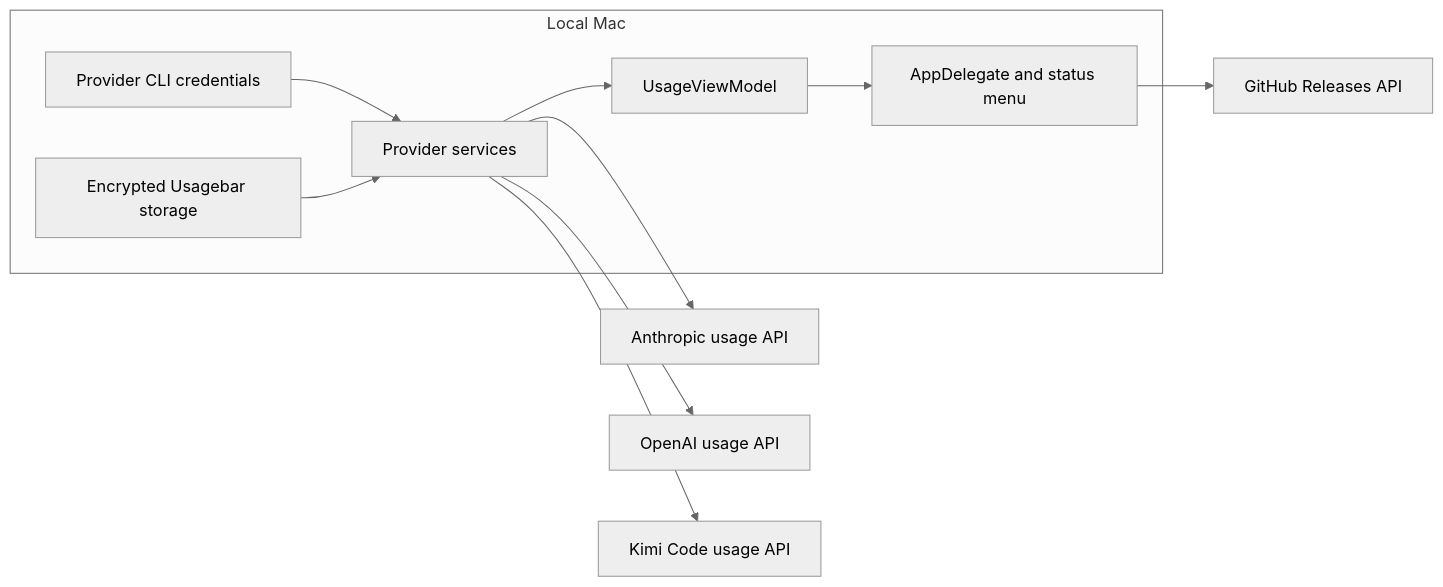
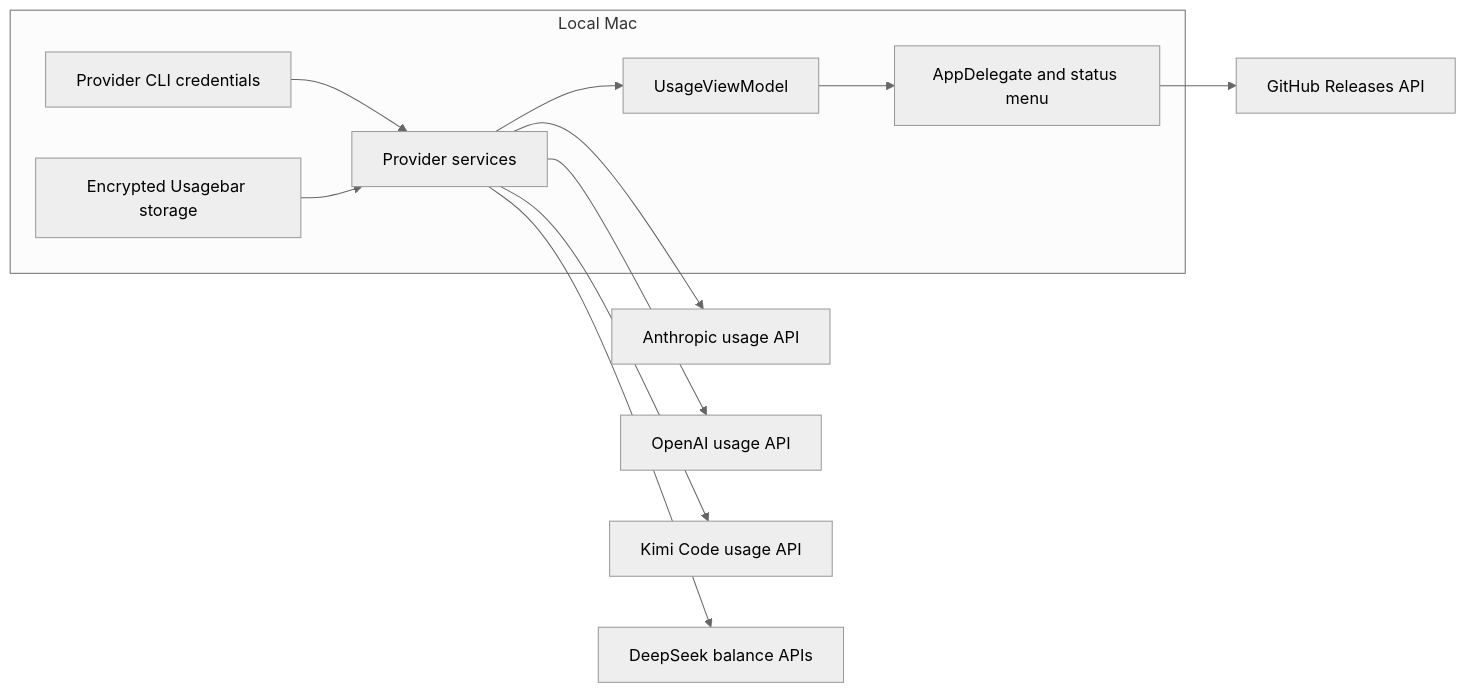
One commit to betoxf/Usagebar changed the diagram in docs/ARCHITECTURE.md. Above: the diagram before and after it, drawn with Mermaid (neutral theme). The commit also changed other lines of this file and 18 other files, not shown here.

First line of the commit message:
Add DeepSeek balance and in-place API key entry

````diff
--- a/docs/ARCHITECTURE.md
+++ b/docs/ARCHITECTURE.md
@@ -5,18 +5,19 @@
 ```mermaid
 flowchart LR
     subgraph Local["Local Mac"]
         CLI["Provider CLI credentials"]
         Store["Encrypted Usagebar storage"]
         Services["Provider services"]
         VM["UsageViewModel"]
         UI["AppDelegate and status menu"]
         CLI --> Services
         Store --> Services
         Services --> VM
         VM --> UI
     end
     Services --> Claude["Anthropic usage API"]
     Services --> Codex["OpenAI usage API"]
     Services --> Kimi["Kimi Code usage API"]
+    Services --> DeepSeek["DeepSeek balance APIs"]
     UI --> Releases["GitHub Releases API"]
 ```
````
